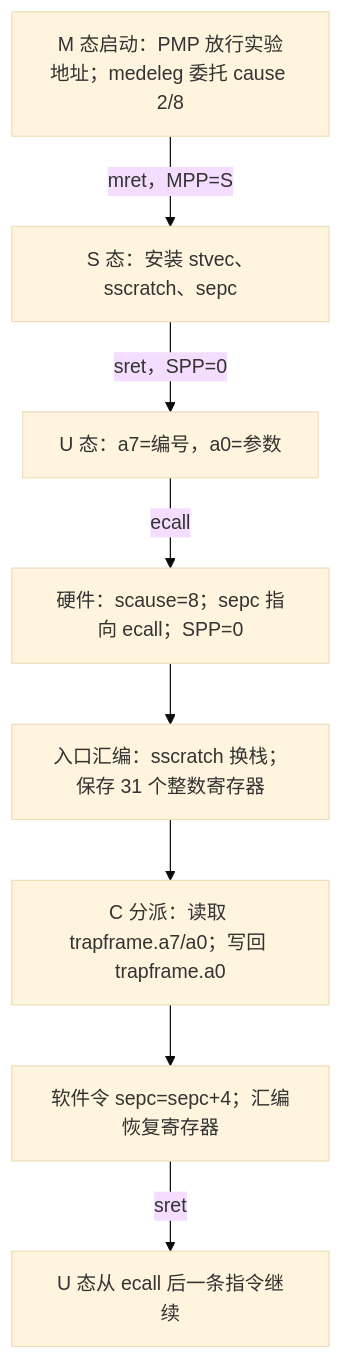
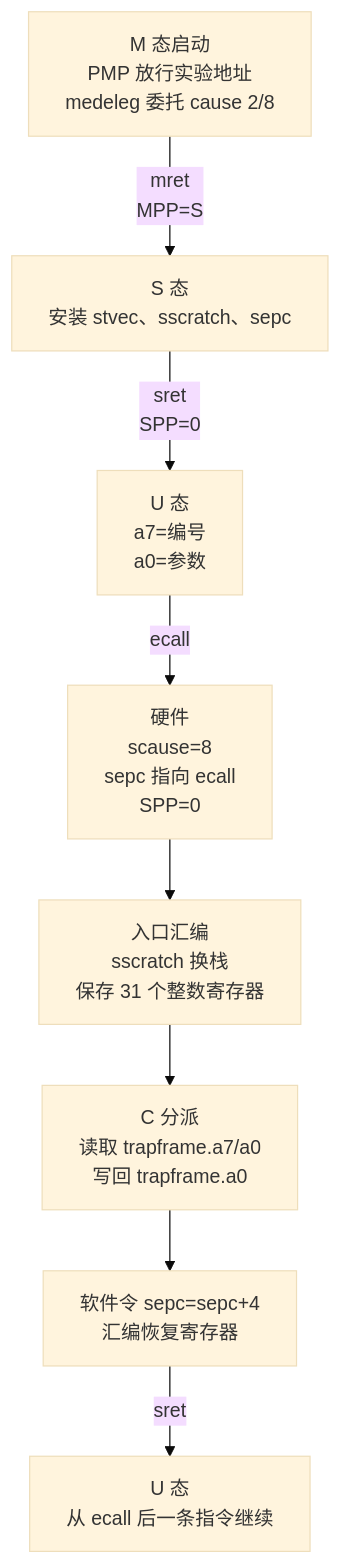
Before and after one commit to EunsonZ/WWL: the first of 2 diagrams in 计算机知识/80-实践/06-计算机系统/09-RISC-V特权态与系统调用/README.md, drawn with Mermaid (base theme). The commit also changed other lines of this file and 75 other files, not shown here.

````diff
--- a/计算机知识/80-实践/06-计算机系统/09-RISC-V特权态与系统调用/README.md
+++ b/计算机知识/80-实践/06-计算机系统/09-RISC-V特权态与系统调用/README.md
@@ -23,10 +23,10 @@
 ```mermaid
 flowchart TD
-    M["M 态启动：PMP 放行实验地址；medeleg 委托 cause 2/8"] -->|"mret，MPP=S"| S["S 态：安装 stvec、sscratch、sepc"]
-    S -->|"sret，SPP=0"| U["U 态：a7=编号，a0=参数"]
-    U -->|"ecall"| HW["硬件：scause=8；sepc 指向 ecall；SPP=0"]
-    HW --> V["入口汇编：sscratch 换栈；保存 31 个整数寄存器"]
-    V --> D["C 分派：读取 trapframe.a7/a0；写回 trapframe.a0"]
-    D --> R["软件令 sepc=sepc+4；汇编恢复寄存器"]
-    R -->|"sret"| U2["U 态从 ecall 后一条指令继续"]
+    M["M 态启动<br/>PMP 放行实验地址<br/>medeleg 委托 cause 2/8"] -->|"mret<br/>MPP=S"| S["S 态<br/>安装 stvec、sscratch、sepc"]
+    S -->|"sret<br/>SPP=0"| U["U 态<br/>a7=编号<br/>a0=参数"]
+    U -->|"ecall"| HW["硬件<br/>scause=8<br/>sepc 指向 ecall<br/>SPP=0"]
+    HW --> V["入口汇编<br/>sscratch 换栈<br/>保存 31 个整数寄存器"]
+    V --> D["C 分派<br/>读取 trapframe.a7/a0<br/>写回 trapframe.a0"]
+    D --> R["软件令 sepc=sepc+4<br/>汇编恢复寄存器"]
+    R -->|"sret"| U2["U 态<br/>从 ecall 后一条指令继续"]
 ```
````
